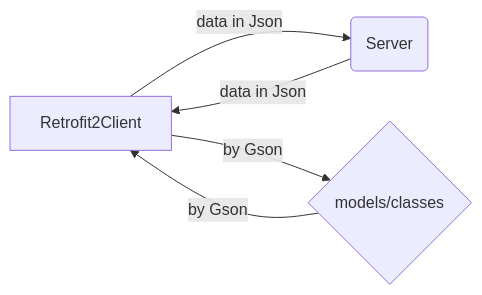
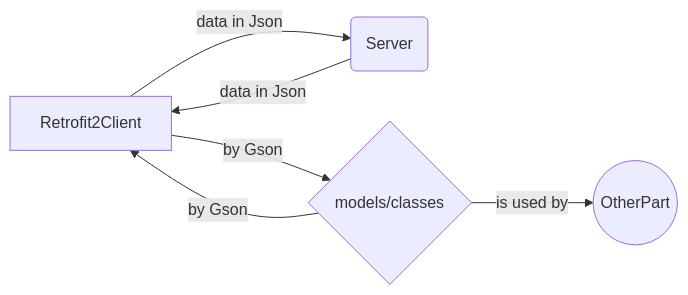
One commit to LooDaHu/ARORA_General_-Introduction changed the fifth of 5 diagrams in Welcome file.md. Above: the diagram before and after it, drawn with Mermaid. The commit also changed other lines of this file, not shown here.

````diff
--- a/Welcome file.md
+++ b/Welcome file.md
@@ -227,7 +227,8 @@
 ```mermaid
 graph LR
 A[Retrofit2Client] --data in Json--> B(Server)
 B(Server)--data in Json--> A[Retrofit2Client]
 C{models/classes}--by Gson--> A[Retrofit2Client] 
 A[Retrofit2Client]  --by Gson--> C{models/classes}
+C{models/classes} --is used by--> D((OtherPart ))
 ```
````
